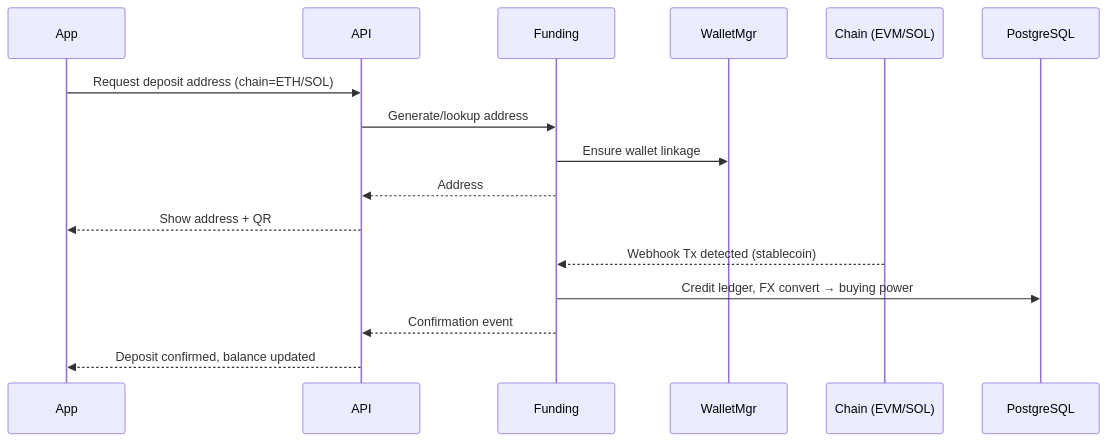
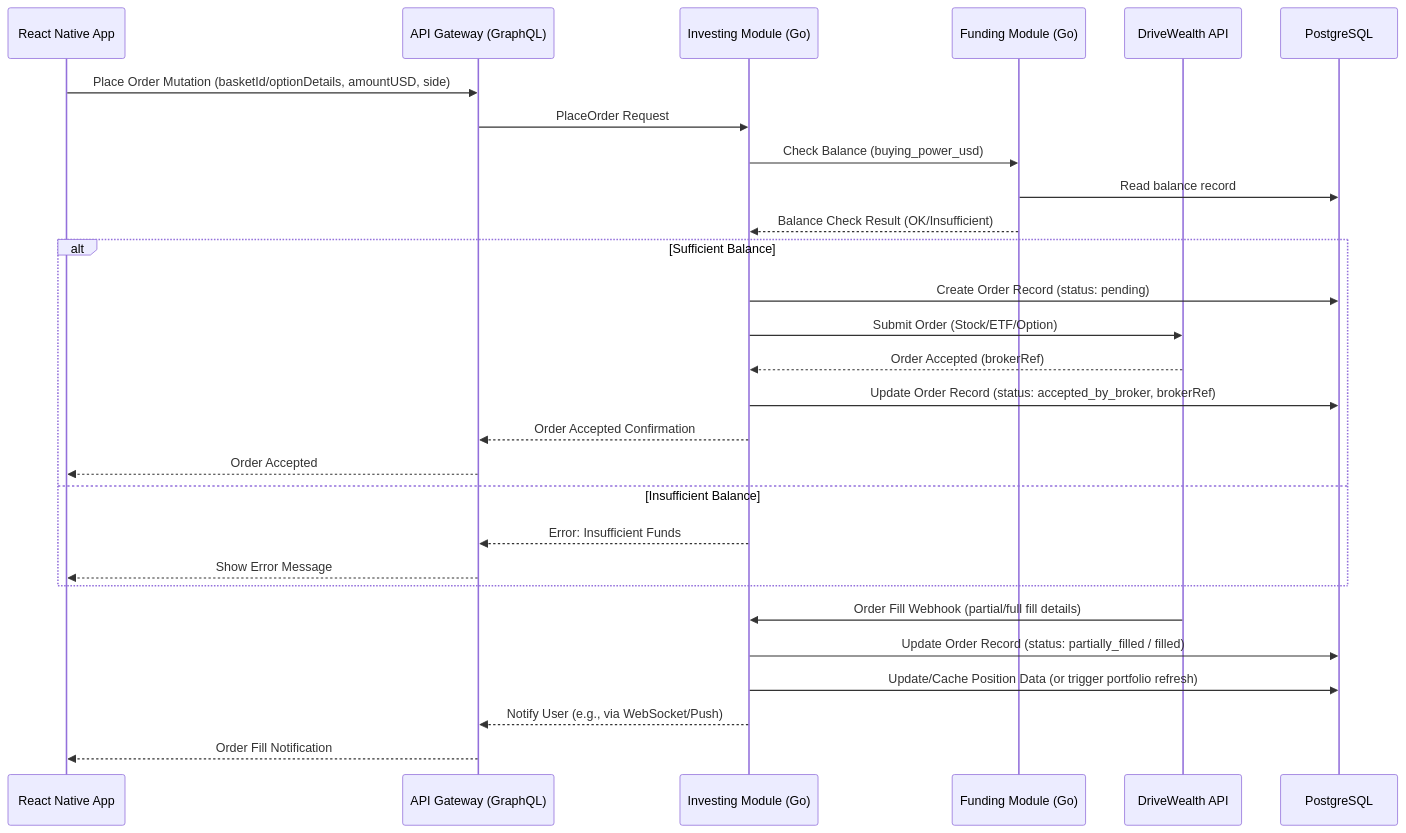
The fifth of 6 diagrams in docs/architecture.md (Sketchyjo/Rail-frontend), drawn with Mermaid before and after one commit. The commit also changed other lines of this file and 50 other files, not shown here.

First line of the commit message:
feat: update app configuration and enhance API client

````diff
--- a/docs/architecture.md
+++ b/docs/architecture.md
@@ -80,19 +455,34 @@
 ```mermaid
 sequenceDiagram
-  participant App
-  participant API
-  participant FND as Funding
-  participant WMG as WalletMgr
-  participant CHN as Chain (EVM/SOL)
-  participant PG as PostgreSQL
+    participant App as React Native App
+    participant GW as API Gateway (GraphQL)
+    participant INV as Investing Module (Go)
+    participant FND as Funding Module (Go)
+    participant DW as DriveWealth API
+    participant PG as PostgreSQL
 
-  App->>API: Request deposit address (chain=ETH/SOL)
-  API->>FND: Generate/lookup address
-  FND->>WMG: Ensure wallet linkage
-  FND-->>API: Address
-  API-->>App: Show address + QR
-  CHN-->>FND: Webhook Tx detected (stablecoin)
-  FND->>PG: Credit ledger, FX convert → buying power
-  FND-->>API: Confirmation event
-  API-->>App: Deposit confirmed, balance updated
+    App->>GW: Place Order Mutation (basketId/optionDetails, amountUSD, side)
+    GW->>INV: PlaceOrder Request
+    INV->>FND: Check Balance (buying_power_usd)
+    FND->>PG: Read balance record
+    FND-->>INV: Balance Check Result (OK/Insufficient)
+
+    alt Sufficient Balance
+        INV->>PG: Create Order Record (status: pending)
+        INV->>DW: Submit Order (Stock/ETF/Option)
+        DW-->>INV: Order Accepted (brokerRef)
+        INV->>PG: Update Order Record (status: accepted_by_broker, brokerRef)
+        INV-->>GW: Order Accepted Confirmation
+        GW-->>App: Order Accepted
+    else Insufficient Balance
+        INV-->>GW: Error: Insufficient Funds
+        GW-->>App: Show Error Message
+    end
+
+    %% Later - DriveWealth sends fill confirmation %%
+    DW->>INV: Order Fill Webhook (partial/full fill details)
+    INV->>PG: Update Order Record (status: partially_filled / filled)
+    INV->>PG: Update/Cache Position Data (or trigger portfolio refresh)
+    INV-->>GW: Notify User (e.g., via WebSocket/Push)
+    GW-->>App: Order Fill Notification
 ```
````
